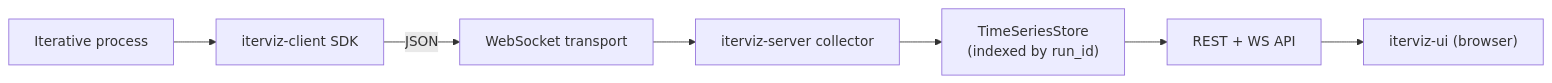
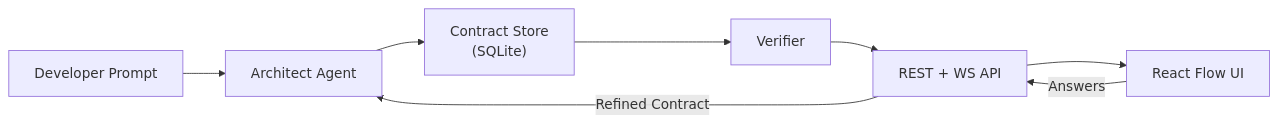
Before and after one commit to Ezimakyu/IterViz: the second of 3 diagrams in docs/01-overview.md, drawn with Mermaid. The commit also changed other lines of this file and 17 other files, not shown here.

````diff
--- a/docs/01-overview.md
+++ b/docs/01-overview.md
@@ -35,9 +44,10 @@
 ```mermaid
 flowchart LR
-    A["Iterative process"] --> B["iterviz-client SDK"]
-    B -->|JSON| C["WebSocket transport"]
-    C --> D["iterviz-server collector"]
-    D --> E["TimeSeriesStore<br/>(indexed by run_id)"]
-    E --> F["REST + WS API"]
-    F --> G["iterviz-ui (browser)"]
+    A["Developer Prompt"] --> B["Architect Agent"]
+    B --> C["Contract Store\n(SQLite)"]
+    C --> D["Verifier"]
+    D --> E["REST + WS API"]
+    E --> F["React Flow UI"]
+    F -->|Answers| E
+    E -->|Refined Contract| B
 ```
````
